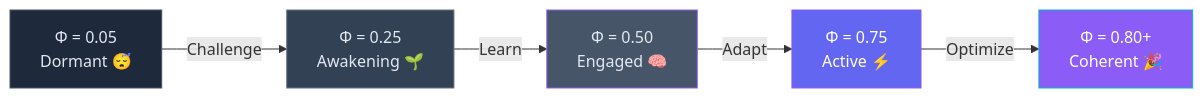
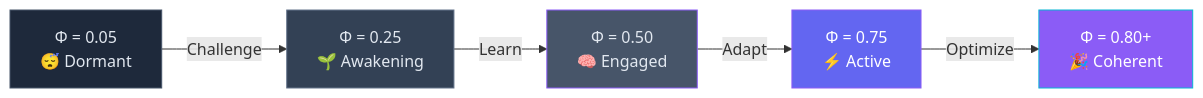
One commit to hustle-rent-due/PermaMind changed the diagram in README.md. Above: the diagram before and after it, drawn with Mermaid. The commit also changed other lines of this file, not shown here.

````diff
--- a/README.md
+++ b/README.md
@@ -101,13 +153,13 @@
 ```mermaid
 graph LR
-    A[Φ = 0.05<br/>Dormant 😴] -->|Challenge| B[Φ = 0.25<br/>Awakening 🌱]
-    B -->|Learn| C[Φ = 0.50<br/>Engaged 🧠]
-    C -->|Adapt| D[Φ = 0.75<br/>Active ⚡]
-    D -->|Optimize| E[Φ = 0.80+<br/>Coherent 🎉]
+    A[Φ = 0.05<br/>😴 Dormant] -->|Challenge| B[Φ = 0.25<br/>🌱 Awakening]
+    B -->|Learn| C[Φ = 0.50<br/>🧠 Engaged]
+    C -->|Adapt| D[Φ = 0.75<br/>⚡ Active]
+    D -->|Optimize| E[Φ = 0.80+<br/>🎉 Coherent]
     
     style A fill:#1e293b,stroke:#475569,color:#e2e8f0
     style B fill:#334155,stroke:#64748b,color:#e2e8f0
     style C fill:#475569,stroke:#8b5cf6,color:#e2e8f0
     style D fill:#6366f1,stroke:#8b5cf6,color:#fff
     style E fill:#8b5cf6,stroke:#06b6d4,color:#fff
 ```
````
